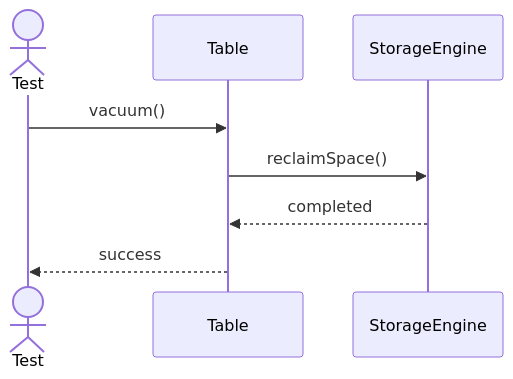
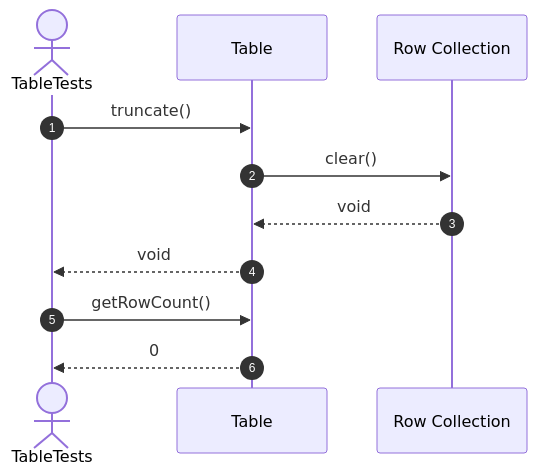
One commit to FhuAnn/-bbv-AN-s-DBMS changed diagram 14 of 20 in src/tests/unit/metadata/sequences/tables-testing.se.md. Above: the diagram before and after it, drawn with Mermaid. The commit also changed other lines of this file and 60 other files, not shown here.

Commit message:
refactor data table, row, column, constraint, index test file

````diff
--- a/src/tests/unit/metadata/sequences/tables-testing.se.md
+++ b/src/tests/unit/metadata/sequences/tables-testing.se.md
@@ -278,14 +249,15 @@
 ```mermaid
 sequenceDiagram
-actor Test
-participant Table
-participant StorageEngine
+    autonumber
+    actor Test as TableTests
+    participant Table as Table
+    participant Rows as Row Collection
 
-Test->>Table: vacuum()
+    Test->>Table: truncate()
+    Table->>Rows: clear()
+    Rows-->>Table: void
+    Table-->>Test: void
 
-Table->>StorageEngine: reclaimSpace()
-
-StorageEngine-->>Table: completed
-
-Table-->>Test: success
+    Test->>Table: getRowCount()
+    Table-->>Test: 0
 ```
````
